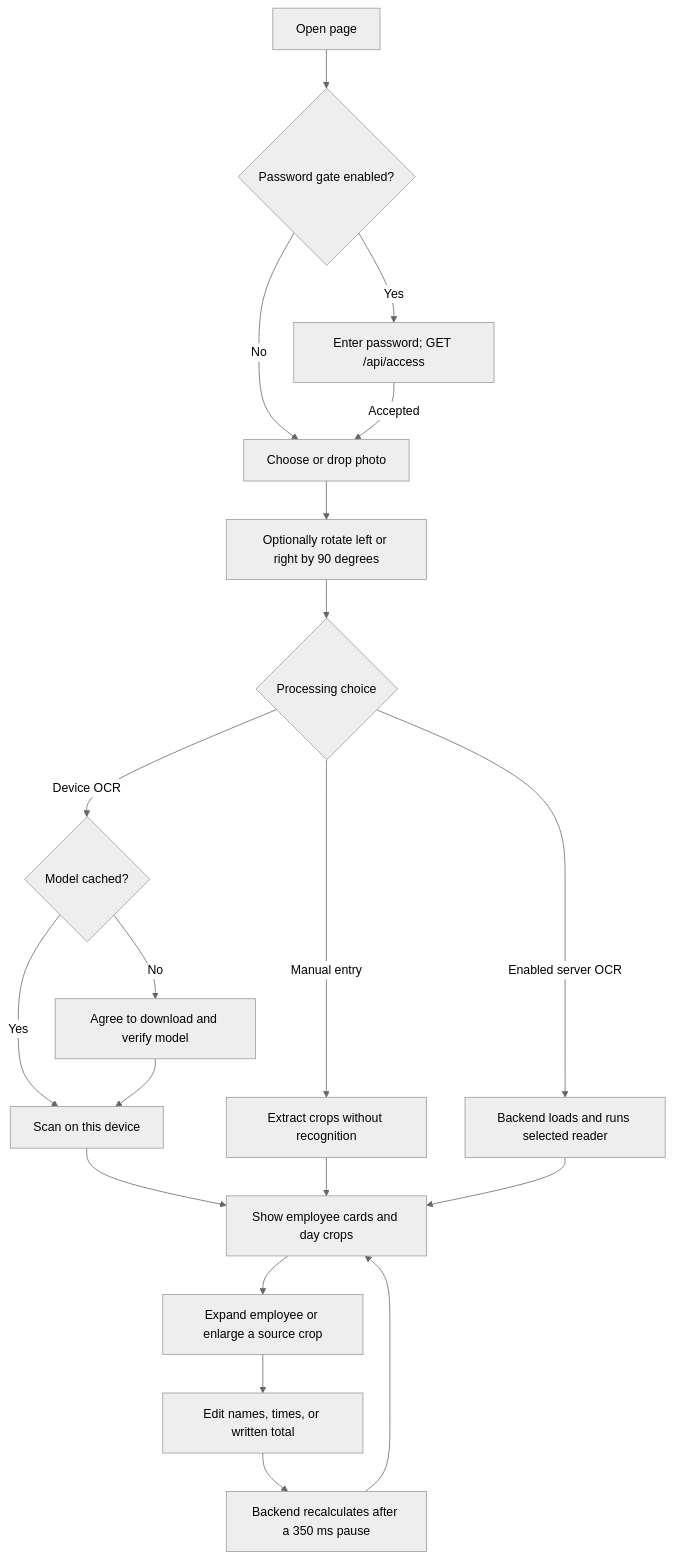
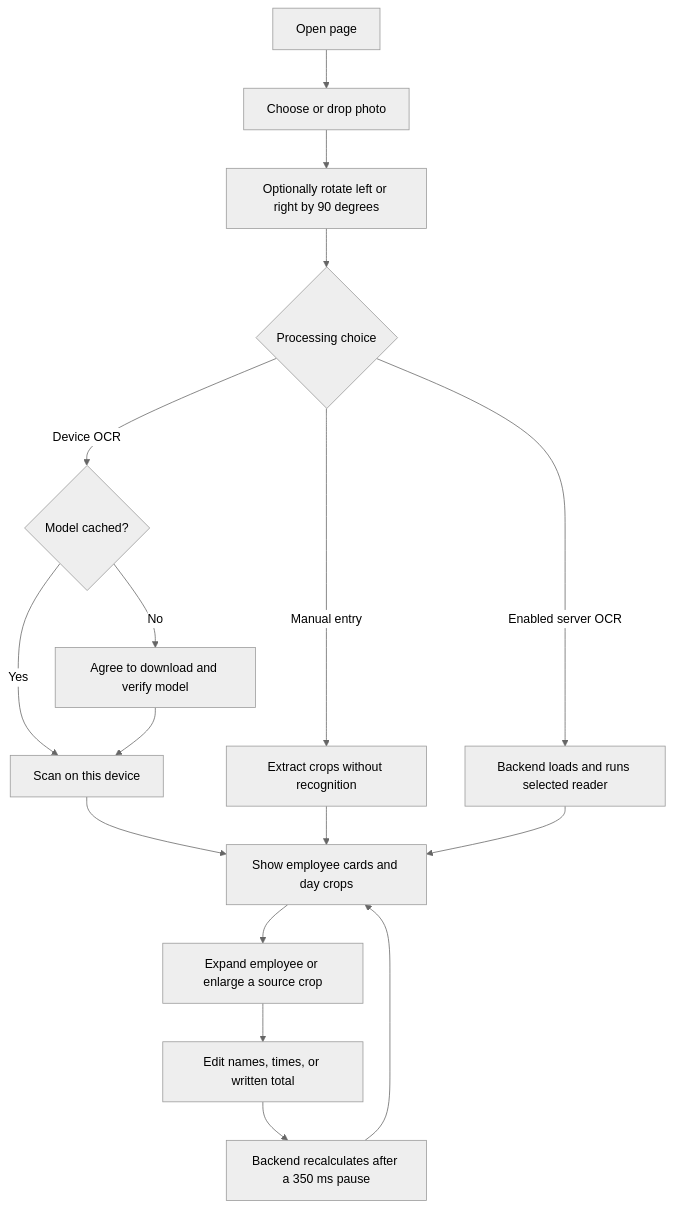
The second of 8 diagrams in docs/FLOW_DIAGRAMS.md (taha59/timecard_scanner_ocr), drawn with Mermaid (neutral theme) before and after one commit. The commit also changed other lines of this file and 11 other files, not shown here.

Commit message:
Remove password sign-in from the frontend and API

````diff
--- a/docs/FLOW_DIAGRAMS.md
+++ b/docs/FLOW_DIAGRAMS.md
@@ -47,22 +47,19 @@
 ```mermaid
 flowchart TD
-    Open[Open page] --> Gate{Password gate enabled?}
-    Gate -->|Yes| Unlock[Enter password; GET /api/access]
-    Gate -->|No| Photo[Choose or drop photo]
-    Unlock -->|Accepted| Photo
+    Open[Open page] --> Photo[Choose or drop photo]
     Photo --> Rotate[Optionally rotate left or right by 90 degrees]
     Rotate --> Mode{Processing choice}
     Mode -->|Device OCR| Cached{Model cached?}
     Cached -->|No| Consent[Agree to download and verify model]
     Cached -->|Yes| Device[Scan on this device]
     Consent --> Device
     Mode -->|Manual entry| Manual[Extract crops without recognition]
     Mode -->|Enabled server OCR| Server[Backend loads and runs selected reader]
     Device --> Cards[Show employee cards and day crops]
     Manual --> Cards
     Server --> Cards
     Cards --> Inspect[Expand employee or enlarge a source crop]
     Inspect --> Edit[Edit names, times, or written total]
     Edit --> Recalculate[Backend recalculates after a 350 ms pause]
     Recalculate --> Cards
 ```
````
